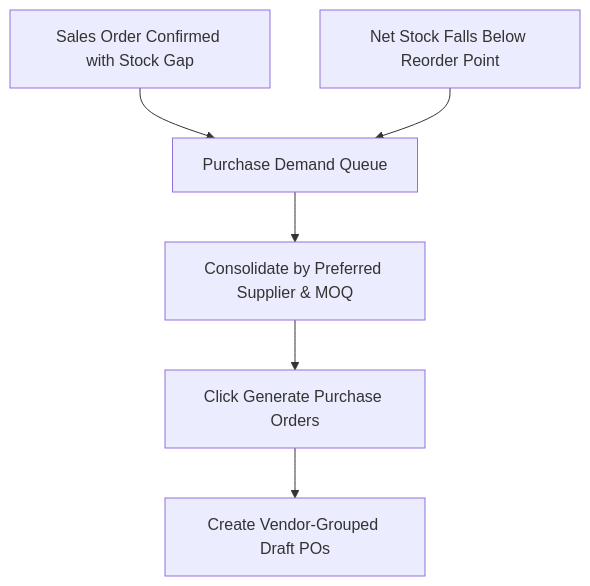
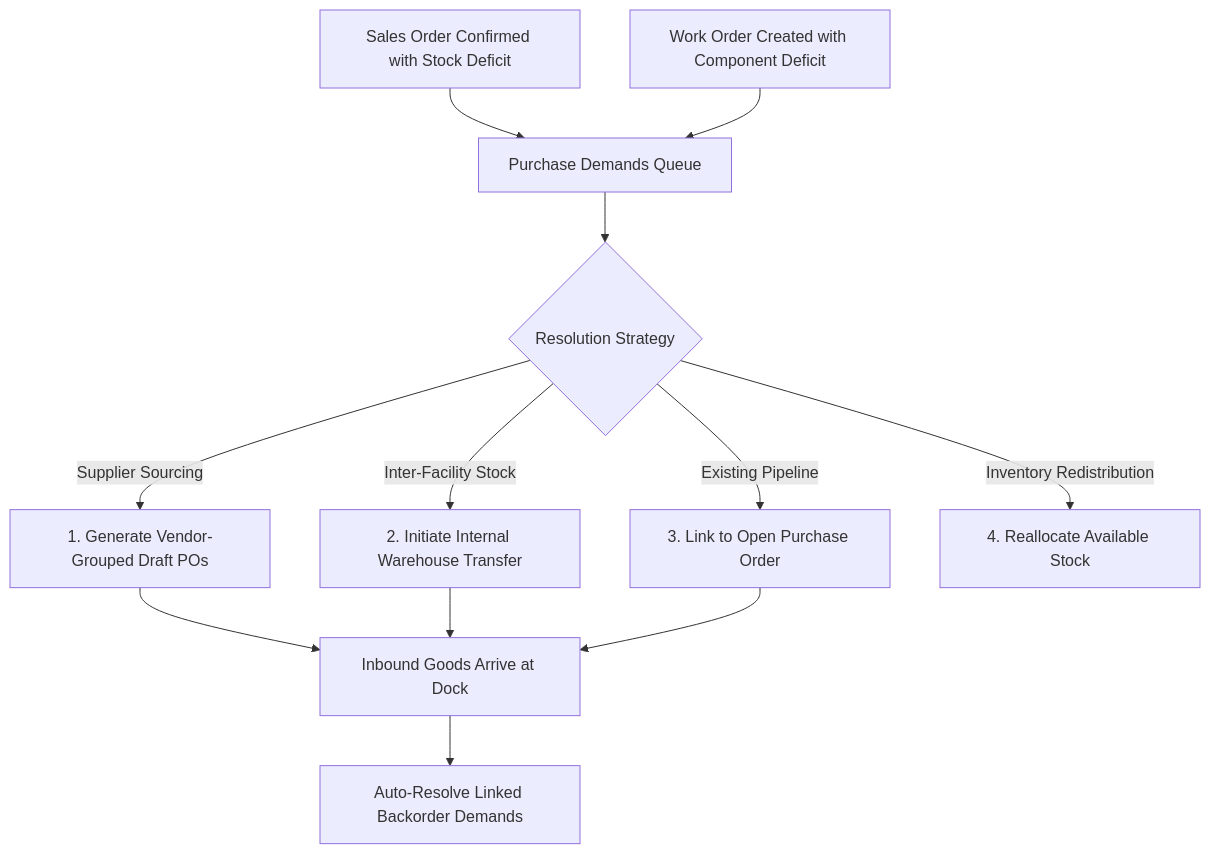
The diagram in docs/user/purchase_demands.md (herobmdotcom/herobm), drawn with Mermaid before and after one commit. The commit also changed other lines of this file and 32 other files, not shown here.

````diff
--- a/docs/user/purchase_demands.md
+++ b/docs/user/purchase_demands.md
@@ -43,8 +47,14 @@
 ```mermaid
 flowchart TD
-    A[Sales Order Confirmed with Stock Gap] --> C[Purchase Demand Queue]
-    B[Net Stock Falls Below Reorder Point] --> C
-    C --> D[Consolidate by Preferred Supplier & MOQ]
-    D --> E[Click Generate Purchase Orders]
-    E --> F[Create Vendor-Grouped Draft POs]
+    A[Sales Order Confirmed with Stock Deficit] --> C[Purchase Demands Queue]
+    B[Work Order Created with Component Deficit] --> C
+
+    C --> D{Resolution Strategy}
+    D -->|Supplier Sourcing| E[1. Generate Vendor-Grouped Draft POs]
+    D -->|Inter-Facility Stock| F[2. Initiate Internal Warehouse Transfer]
+    D -->|Existing Pipeline| G[3. Link to Open Purchase Order]
+    D -->|Inventory Redistribution| H[4. Reallocate Available Stock]
+
+    E & F & G --> I[Inbound Goods Arrive at Dock]
+    I --> J[Auto-Resolve Linked Backorder Demands]
 ```
````
